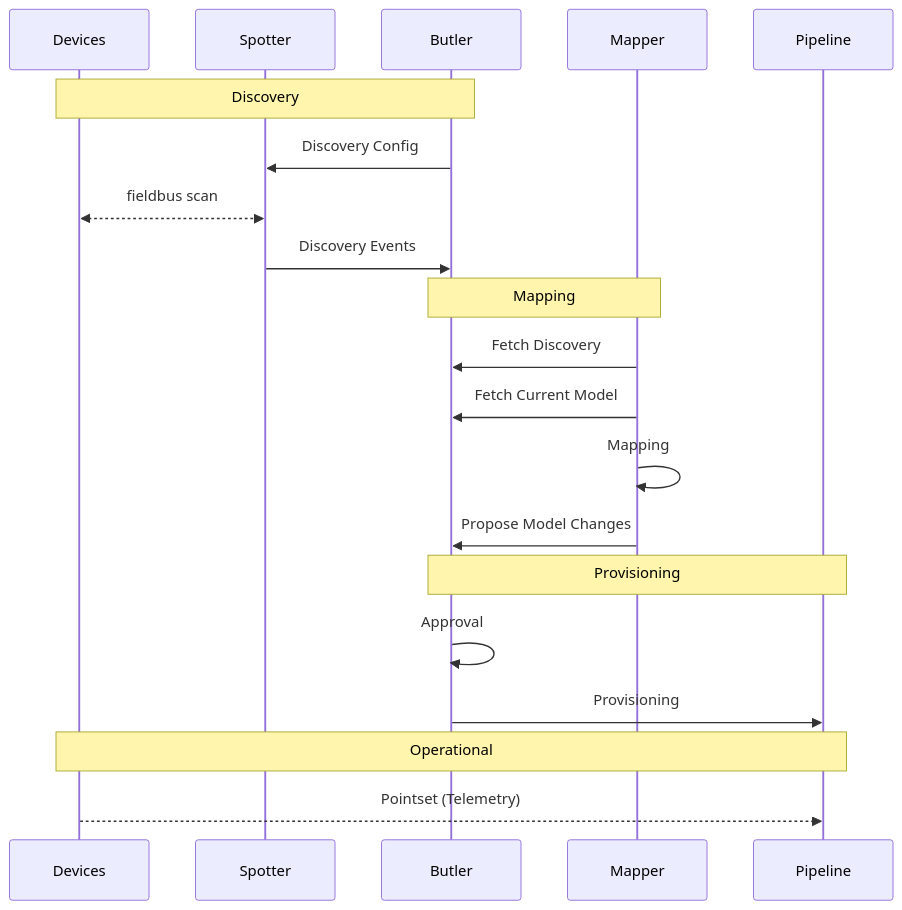
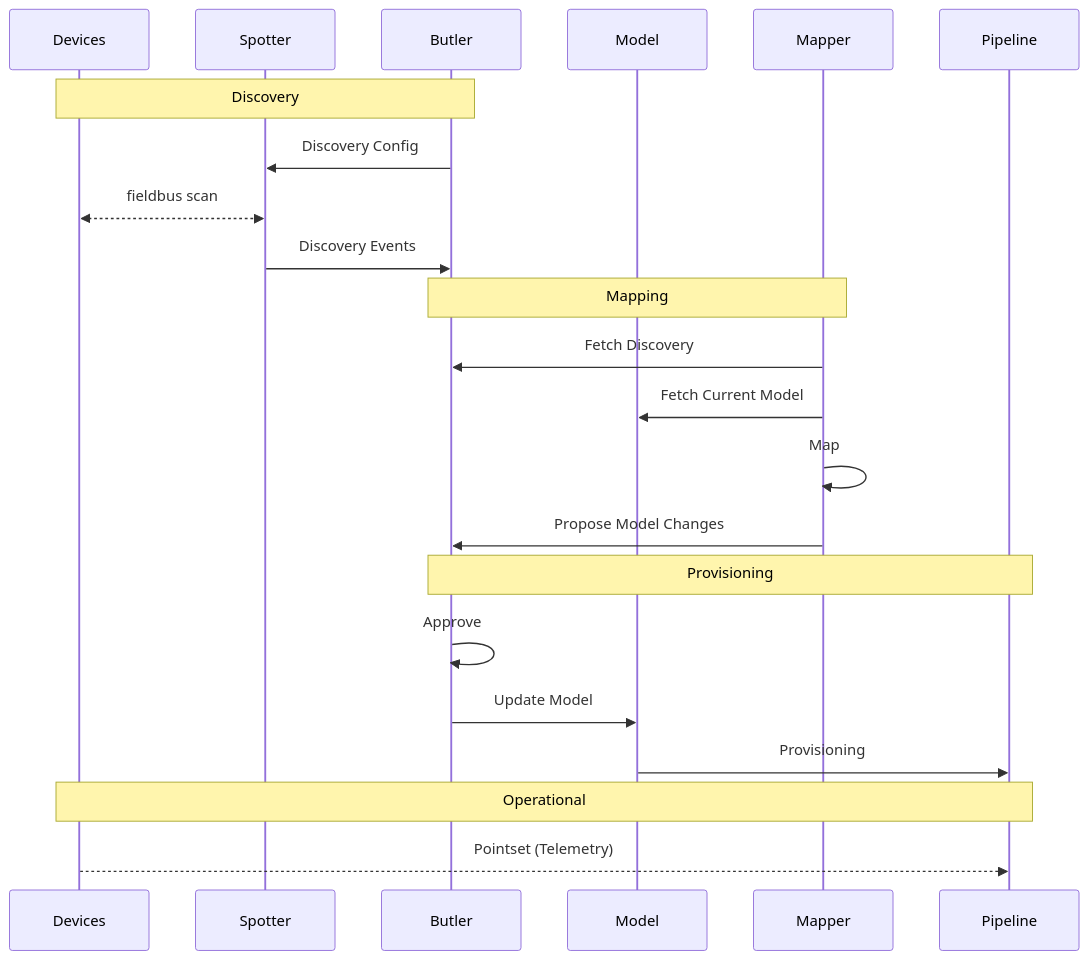
Before and after one commit to grafnu/udmi: the second of 2 diagrams in docs/specs/onboarding.md, drawn with Mermaid. The commit also changed other lines of this file, not shown here.

Commit message:
Add Model participant and update provisioning/mapping flows in onboarding sequence diagram

````diff
--- a/docs/specs/onboarding.md
+++ b/docs/specs/onboarding.md
@@ -57,23 +58,25 @@
 ```mermaid
 sequenceDiagram
   %%{wrap}%%
   participant Devices
   participant Spotter
   participant Butler
+  participant Model
   participant Mapper
   participant Pipeline
   Note over Devices, Butler: Discovery
   Butler->>Spotter: Discovery Config
   Devices<<-->>Spotter: fieldbus scan
   Spotter->>Butler: Discovery Events
   Note over Butler, Mapper: Mapping
   Mapper->>Butler: Fetch Discovery
-  Mapper->>Butler: Fetch Current Model
-  Mapper->>Mapper: Mapping
+  Mapper->>Model: Fetch Current Model
+  Mapper->>Mapper: Map
   Mapper->>Butler: Propose Model Changes
   Note over Butler, Pipeline: Provisioning
-  Butler->>Butler: Approval
-  Butler->>Pipeline: Provisioning
+  Butler->>Butler: Approve
+  Butler->>Model: Update Model
+  Model->>Pipeline: Provisioning
   Note over Devices, Pipeline: Operational
   Devices-->>Pipeline: Pointset (Telemetry)
 ```
````
